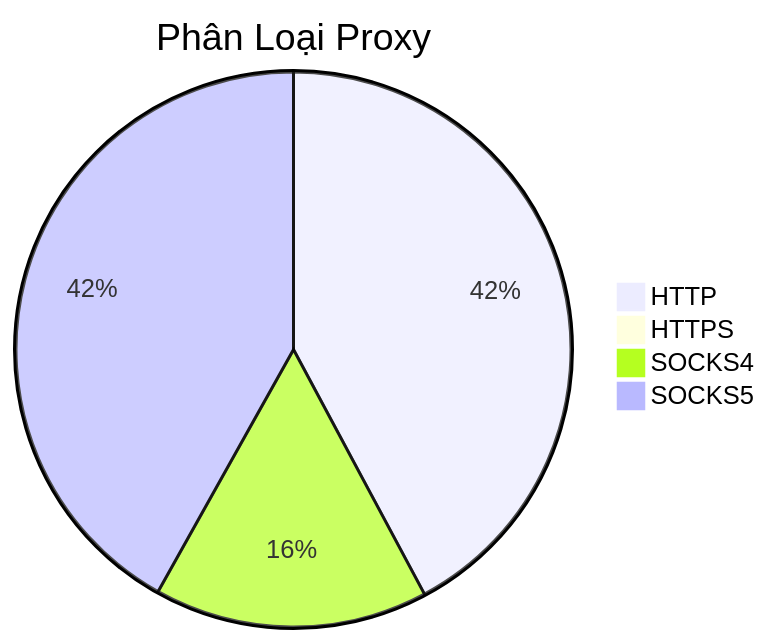
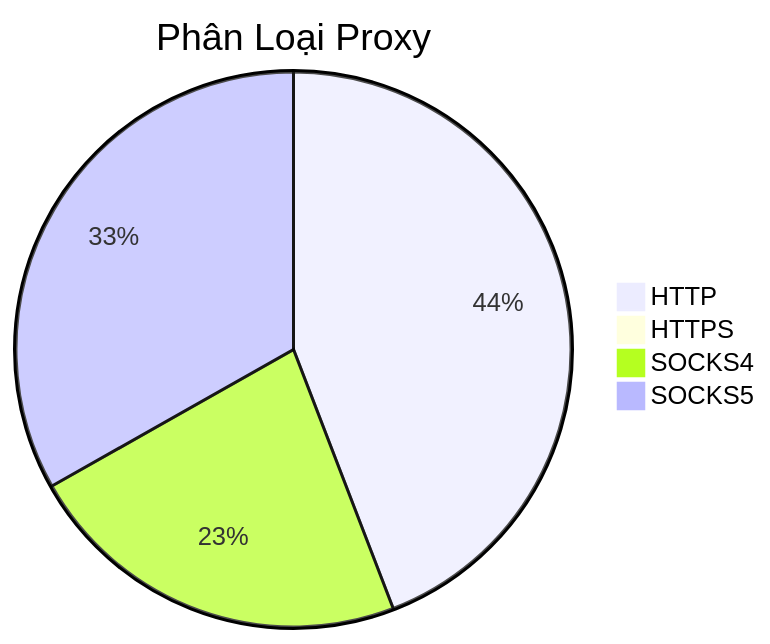
Before and after one commit to Ciara-12/PROXY-free: the diagram in README.md, drawn with Mermaid. The commit also changed other lines of this file and 4 other files, not shown here.

````diff
--- a/README.md
+++ b/README.md
@@ -26,7 +26,7 @@
 ```mermaid
 pie title Phân Loại Proxy
-    "HTTP" : 1135
+    "HTTP" : 906
     "HTTPS" : 3
-    "SOCKS4" : 429
-    "SOCKS5" : 1127
+    "SOCKS4" : 465
+    "SOCKS5" : 681
 ```
````
